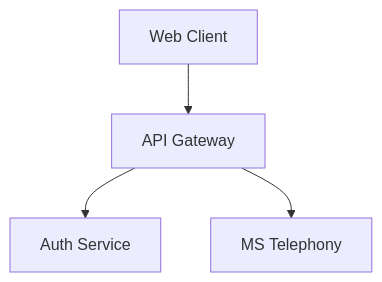
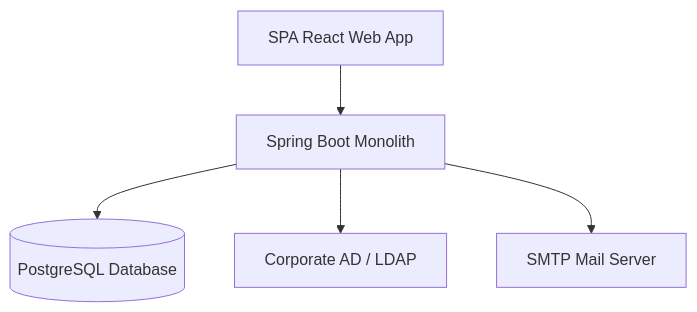
The diagram in arkhitekturnye-kata/sistema-onlayn-zakazov-dlya-quicksandwich/primer-kata/fio-proektirovanie-api-2.mermaid (sinitsina098-hash/practice_2026), drawn with Mermaid before and after one commit. The commit also changed 1 other file, not shown here.

```diff
--- a/arkhitekturnye-kata/sistema-onlayn-zakazov-dlya-quicksandwich/primer-kata/fio-proektirovanie-api-2.mermaid
+++ b/arkhitekturnye-kata/sistema-onlayn-zakazov-dlya-quicksandwich/primer-kata/fio-proektirovanie-api-2.mermaid
@@ -1,4 +1,5 @@
 graph TD
-    WEB["Web Client"] --> API["API Gateway"]
-    API --> AUTH["Auth Service"]
-    API --> TEL["MS Telephony"]
+    WEB["SPA React Web App"] --> MONOLITH["Spring Boot Monolith"]
+    MONOLITH --> DB[("PostgreSQL Database")]
+    MONOLITH --> AD["Corporate AD / LDAP"]
+    MONOLITH --> SMTP_SERVER["SMTP Mail Server"]
```
